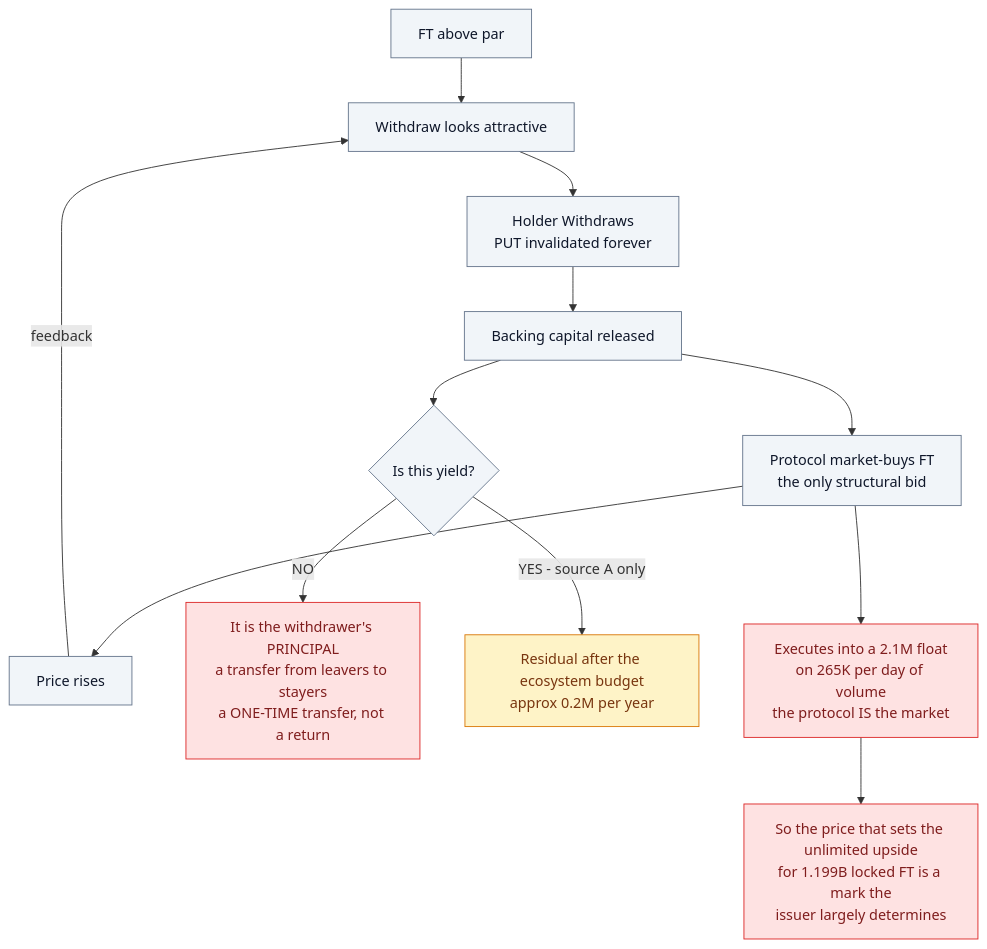
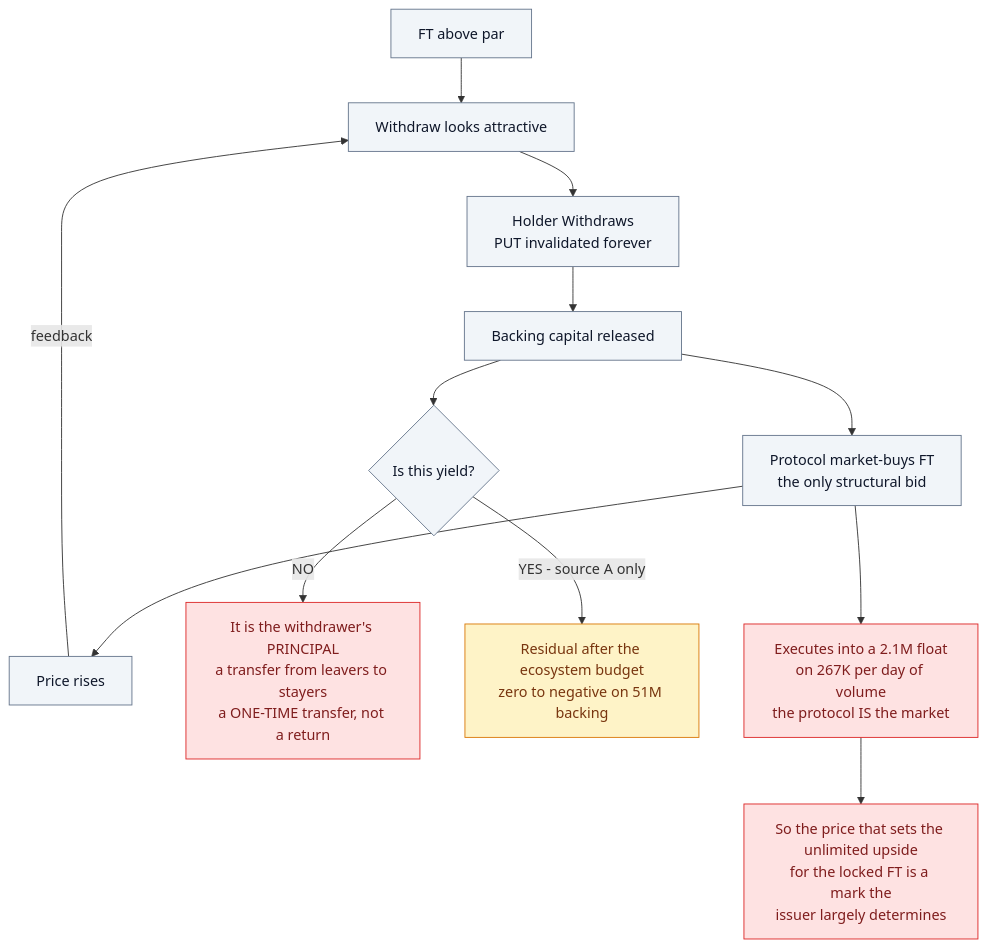
Before and after one commit to m0n3r0/flying-tulip-audit: the fifth of 6 diagrams in reports/FINAL_REPORT.md, drawn with Mermaid. The commit also changed other lines of this file and 5 other files, not shown here.

````diff
--- a/reports/FINAL_REPORT.md
+++ b/reports/FINAL_REPORT.md
@@ -318,24 +330,24 @@
 ```mermaid
 flowchart TB
     P1["FT above par"] --> P2["Withdraw looks attractive"]
     P2 --> P3["Holder Withdraws<br/>PUT invalidated forever"]
     P3 --> P4["Backing capital released"]
     P4 --> P5["Protocol market-buys FT<br/>the only structural bid"]
     P5 --> P6["Price rises"]
     P6 -->|"feedback"| P2
 
     P4 --> ISYIELD{"Is this yield?"}
     ISYIELD -->|"NO"| PRIN["It is the withdrawer's PRINCIPAL<br/>a transfer from leavers to stayers<br/>a ONE-TIME transfer, not a return"]
-    ISYIELD -->|"YES - source A only"| RESID["Residual after the ecosystem budget<br/>approx 0.2M per year"]
+    ISYIELD -->|"YES - source A only"| RESID["Residual after the ecosystem budget<br/>zero to negative on 51M backing"]
 
-    P5 --> FLOAT["Executes into a 2.1M float<br/>on 265K per day of volume<br/>the protocol IS the market"]
+    P5 --> FLOAT["Executes into a 2.1M float<br/>on 267K per day of volume<br/>the protocol IS the market"]
 
-    FLOAT --> MARK["So the price that sets the unlimited upside<br/>for 1.199B locked FT is a mark the<br/>issuer largely determines"]
+    FLOAT --> MARK["So the price that sets the unlimited upside<br/>for the locked FT is a mark the<br/>issuer largely determines"]
 
     classDef warn fill:#fef3c7,stroke:#d97706,color:#78350f
     classDef bad fill:#fee2e2,stroke:#dc2626,color:#7f1d1d
     classDef neutral fill:#f1f5f9,stroke:#64748b,color:#0f172a
     class P1,P2,P3,P4,P5,P6,ISYIELD neutral
     class PRIN,FLOAT,MARK bad
     class RESID warn
 ```
````
